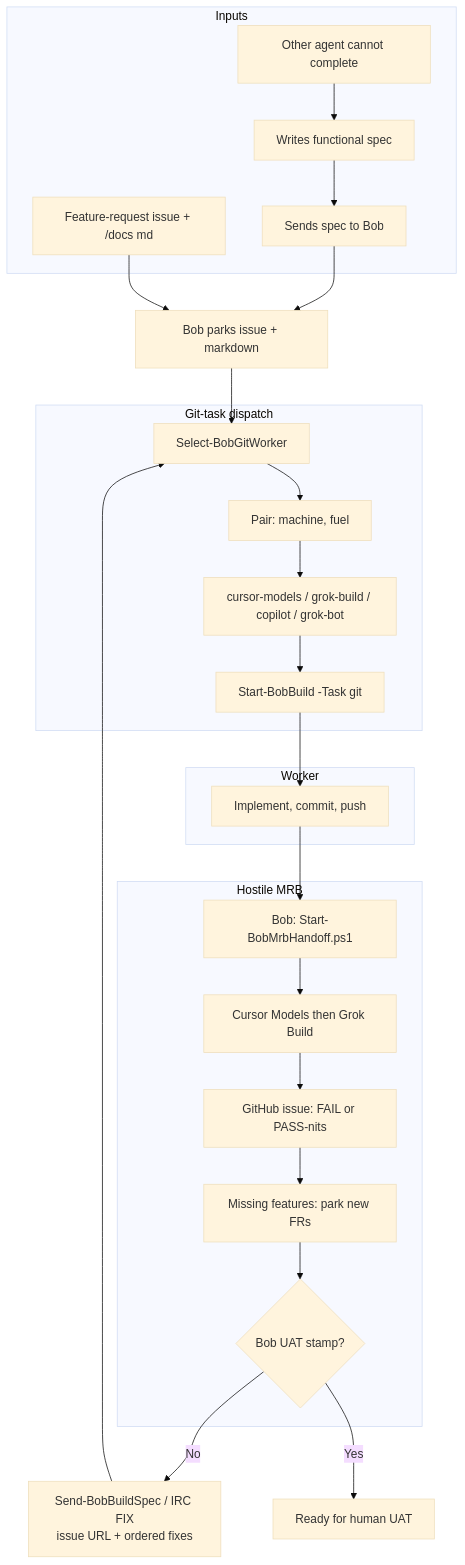
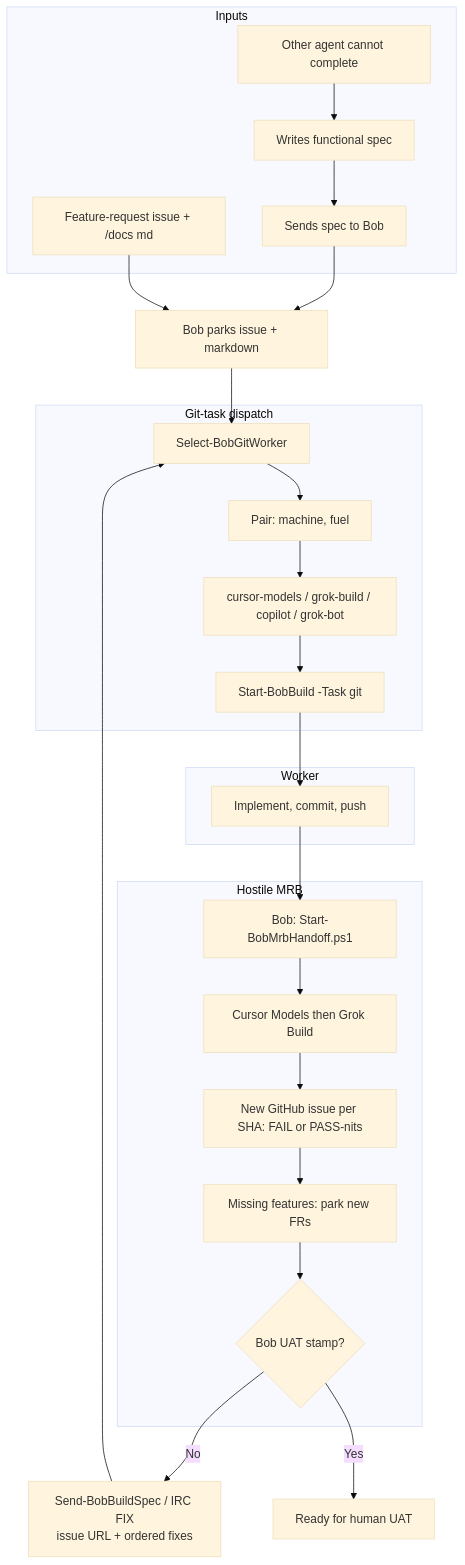
The diagram in README.md (SimonBarnett/agentic_build), drawn with Mermaid (base theme) before and after one commit. The commit also changed other lines of this file and 7 other files, not shown here.

````diff
--- a/README.md
+++ b/README.md
@@ -48,41 +49,41 @@
 ```mermaid
 flowchart TB
   subgraph IN["Inputs"]
     A1["Other agent cannot complete"]
     A2["Writes functional spec"]
     A3["Sends spec to Bob"]
     F1["Feature-request issue + /docs md"]
   end
 
   A1 --> A2 --> A3
   A3 --> PARK
   F1 --> PARK["Bob parks issue + markdown"]
 
   subgraph DISPATCH["Git-task dispatch"]
     P1["Select-BobGitWorker"]
     P2["Pair: machine, fuel"]
     P3["cursor-models / grok-build / copilot / grok-bot"]
     P4["Start-BobBuild -Task git"]
   end
 
   PARK --> P1 --> P2 --> P3 --> P4
 
   subgraph BUILD["Worker"]
     D1["Implement, commit, push"]
   end
 
   P4 --> D1
 
   subgraph MRB["Hostile MRB"]
     M1["Bob: Start-BobMrbHandoff.ps1"]
     M2["Cursor Models then Grok Build"]
-    M3["GitHub issue: FAIL or PASS-nits"]
+    M3["New GitHub issue per SHA: FAIL or PASS-nits"]
     M4["Missing features: park new FRs"]
     M5{"Bob UAT stamp?"}
   end
 
   D1 --> M1 --> M2 --> M3 --> M4 --> M5
   M5 -->|No| FIX["Send-BobBuildSpec / IRC FIX\nissue URL + ordered fixes"]
   FIX --> P1
   M5 -->|Yes| UAT["Ready for human UAT"]
 ```
````
